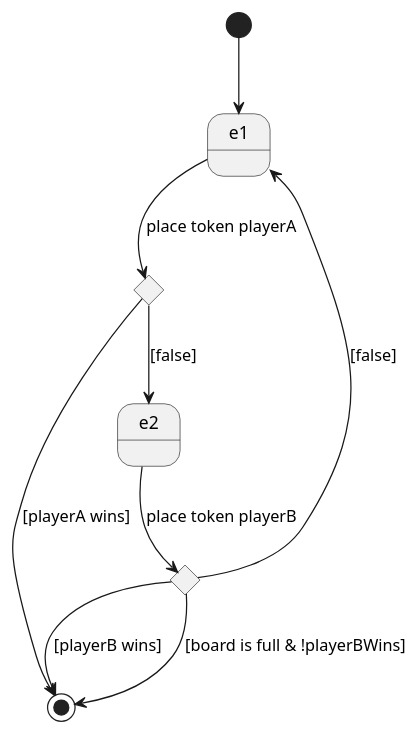
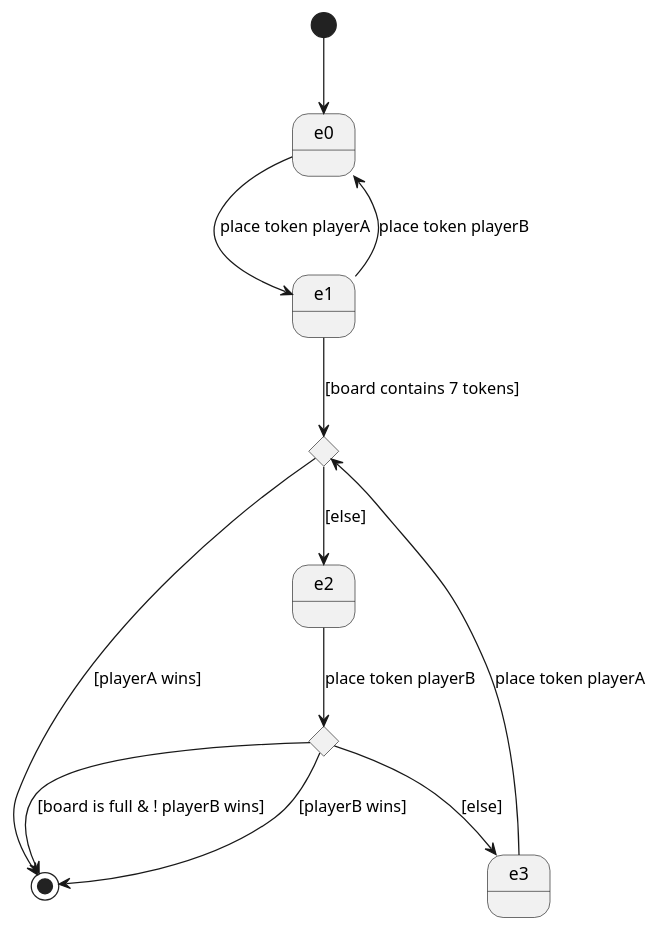
Before and after one commit to PabloMartinFluvia/IT-School: the diagram in MPDS/Connect4/docs/src/domain model states.plantuml, drawn with PlantUML. The commit also changed 1 other file, not shown here.

```diff
--- a/MPDS/Connect4/docs/src/domain model states.plantuml
+++ b/MPDS/Connect4/docs/src/domain model states.plantuml
@@ -1,18 +1,27 @@
 @startuml
 
+state e0
 state e1
+state c0 <<choice>>
+state e2
 state c1 <<choice>>
-state e2
-state c2 <<choice>>
+state e3
 
-[*] --> e1
-e1 --> c1 : place token playerA
-c1 --> [*] : [playerA wins]
-c1 --> e2 : [false]
-e2 --> c2 : place token playerB
-c2 --> [*]: [board is full & !playerBWins]
-c2 --> [*] : [playerB wins]
-c2 --> e1 : [false]
+
+[*] --> e0
+e0 --> e1 : place token playerA
+e1 --> c0 : [board contains 7 tokens]
+e1 --> e0 : place token playerB
+c0 --> [*] : [playerA wins]
+c0 --> e2 : [else]
+e2 --> c1 : place token playerB
+c1 --> [*] : [playerB wins]
+c1 --> [*]: [board is full & ! playerB wins]
+c1 --> e3 : [else]
+e3 --> c0 : place token playerA
+
+
+
 
 
 @enduml
```
